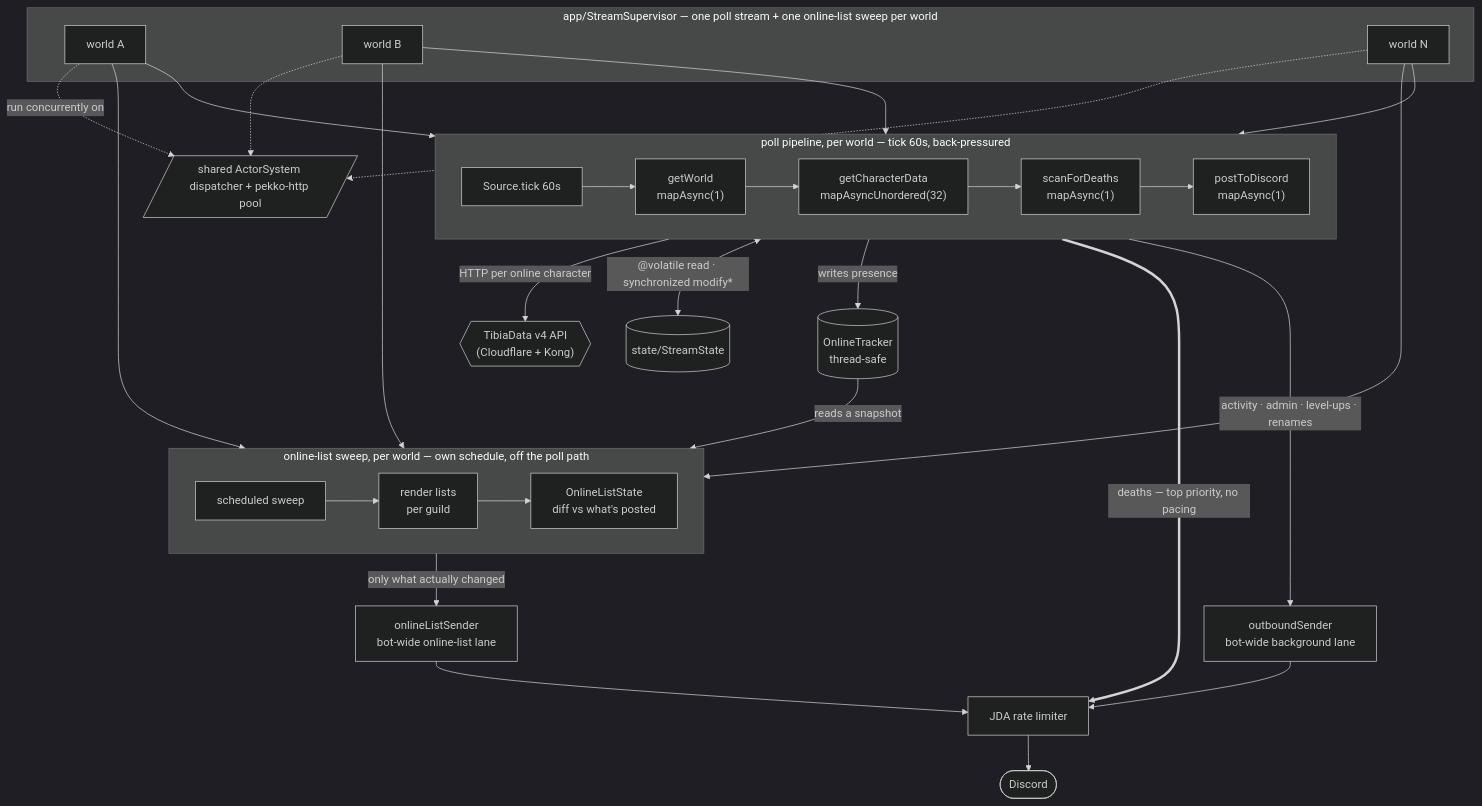
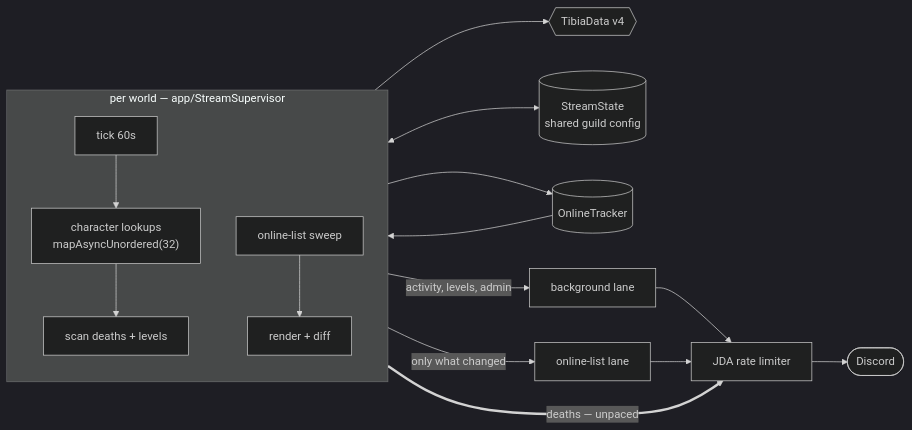
One commit to Leo32onGIT/tibia-bot changed the diagram in README.md. Above: the diagram before and after it, drawn with Mermaid (dark theme). The commit also changed other lines of this file and 1 other file, not shown here.

First line of the commit message:
Cut the README down to what you actually need to read

````diff
--- a/README.md
+++ b/README.md
@@ -81,45 +36,19 @@
 ```mermaid
-flowchart TB
-    subgraph sup ["app/StreamSupervisor — one poll stream + one online-list sweep per world"]
-        WA[world A]
-        WB[world B]
-        WN[world N]
+flowchart LR
+    subgraph W ["per world — app/StreamSupervisor"]
+        direction TB
+        T["tick 60s"] --> GC["character lookups<br/>mapAsyncUnordered(32)"]
+        GC --> SD["scan deaths + levels"]
+        SW["online-list sweep"] --> OL["render + diff"]
     end
-
-    subgraph pipe ["poll pipeline, per world — tick 60s, back-pressured"]
-        direction LR
-        T["Source.tick 60s"] --> GWp["getWorld<br/>mapAsync(1)"]
-        GWp --> GC["getCharacterData<br/>mapAsyncUnordered(32)"]
-        GC --> SDp["scanForDeaths<br/>mapAsync(1)"]
-        SDp --> PDp["postToDiscord<br/>mapAsync(1)"]
-    end
-
-    subgraph sweep ["online-list sweep, per world — own schedule, off the poll path"]
-        direction LR
-        SW["scheduled sweep"] --> OL["render lists<br/>per guild"]
-        OL --> OLS["OnlineListState<br/>diff vs what's posted"]
-    end
-
-    WA --> T
-    WB --> T
-    WN --> T
-    WA --> SW
-    WB --> SW
-    WN --> SW
-
-    GC -->|HTTP per online character| API{{"TibiaData v4 API<br/>(Cloudflare + Kong)"}}
-    SDp <-->|"@volatile read · synchronized modify*"| ST[("state/StreamState")]
-    SDp -->|"writes presence"| OT[("OnlineTracker<br/>thread-safe")]
-    OT -->|"reads a snapshot"| OL
-
-    PDp ==>|"deaths — top priority, no pacing"| JDA
-    PDp -->|"activity · admin · level-ups · renames"| BG["outboundSender<br/>bot-wide background lane"]
-    OLS -->|"only what actually changed"| OLQ["onlineListSender<br/>bot-wide online-list lane"]
-    BG --> JDA["JDA rate limiter"]
+    GC --> API{{"TibiaData v4"}}
+    SD <--> ST[("StreamState<br/>shared guild config")]
+    SD --> OT[("OnlineTracker")]
+    OT --> OL
+    SD ==>|"deaths — unpaced"| JDA["JDA rate limiter"]
+    SD -->|"activity, levels, admin"| BG["background lane"]
+    OL -->|"only what changed"| OLQ["online-list lane"]
+    BG --> JDA
     OLQ --> JDA
     JDA --> D([Discord])
-
-    WA -.->|run concurrently on| AS[/"shared ActorSystem dispatcher + pekko-http pool"/]
-    WB -.-> AS
-    WN -.-> AS
 ```
````
